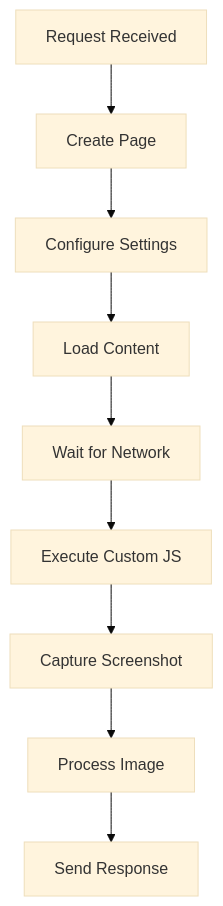
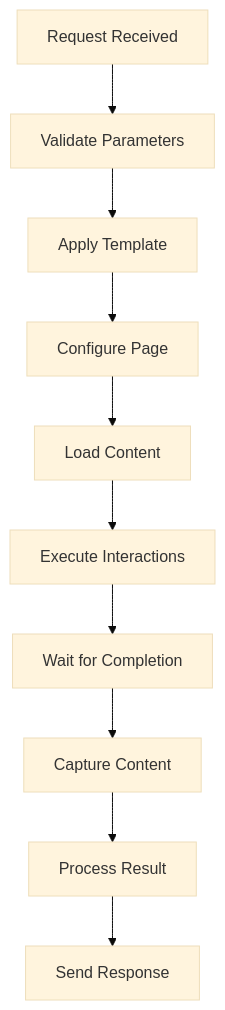
Before and after one commit to pixashot/docs: the diagram in core-concepts.md, drawn with Mermaid (base theme). The commit also changed other lines of this file and 4 other files, not shown here.

````diff
--- a/core-concepts.md
+++ b/core-concepts.md
@@ -125,11 +176,12 @@
    ```mermaid
    graph TD
-     A[Request Received] --> B[Create Page]
-     B --> C[Configure Settings]
-     C --> D[Load Content]
-     D --> E[Wait for Network]
-     E --> F[Execute Custom JS]
-     F --> G[Capture Screenshot]
-     G --> H[Process Image]
-     H --> I[Send Response]
+     A[Request Received] --> B[Validate Parameters]
+     B --> C[Apply Template]
+     C --> D[Configure Page]
+     D --> E[Load Content]
+     E --> F[Execute Interactions]
+     F --> G[Wait for Completion]
+     G --> H[Capture Content]
+     H --> I[Process Result]
+     I --> J[Send Response]
    ```
````
